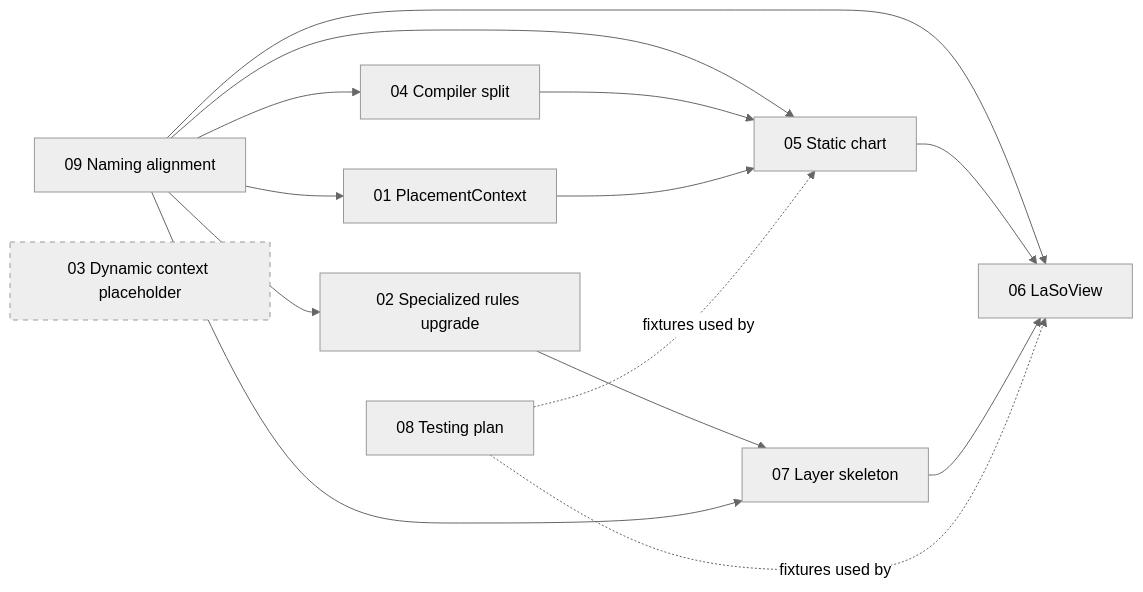
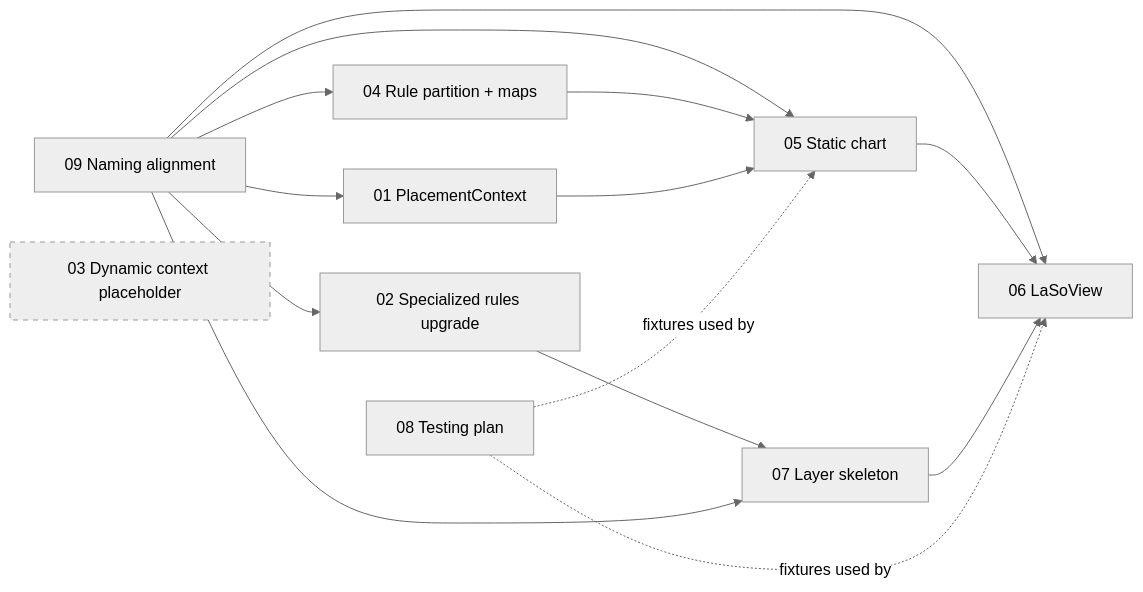
Before and after one commit to TrungDinhT/tuviLM: the diagram in src/refactored/docs/README.md, drawn with Mermaid (neutral theme). The commit also changed other lines of this file and 13 other files, not shown here.

````diff
--- a/src/refactored/docs/README.md
+++ b/src/refactored/docs/README.md
@@ -21,18 +21,18 @@
 ```mermaid
 flowchart LR
     W09[09 Naming alignment] --> W01[01 PlacementContext]
     W09 --> W02[02 Specialized rules upgrade]
-    W09 --> W04[04 Compiler split]
+    W09 --> W04[04 Rule partition + maps]
     W09 --> W05[05 Static chart]
     W02[02 Specialized rules upgrade] --> W07[07 Layer skeleton]
     W09 --> W07
     W04 --> W05[05 Static chart]
     W01 --> W05
     W09 --> W06[06 LaSoView]
     W05 --> W06[06 LaSoView]
     W07 --> W06
     W08[08 Testing plan] -.fixtures used by.-> W05
     W08 -.fixtures used by.-> W06
     W03[03 Dynamic context placeholder]:::deferred
     classDef deferred stroke-dasharray: 5 5
 ```
````
